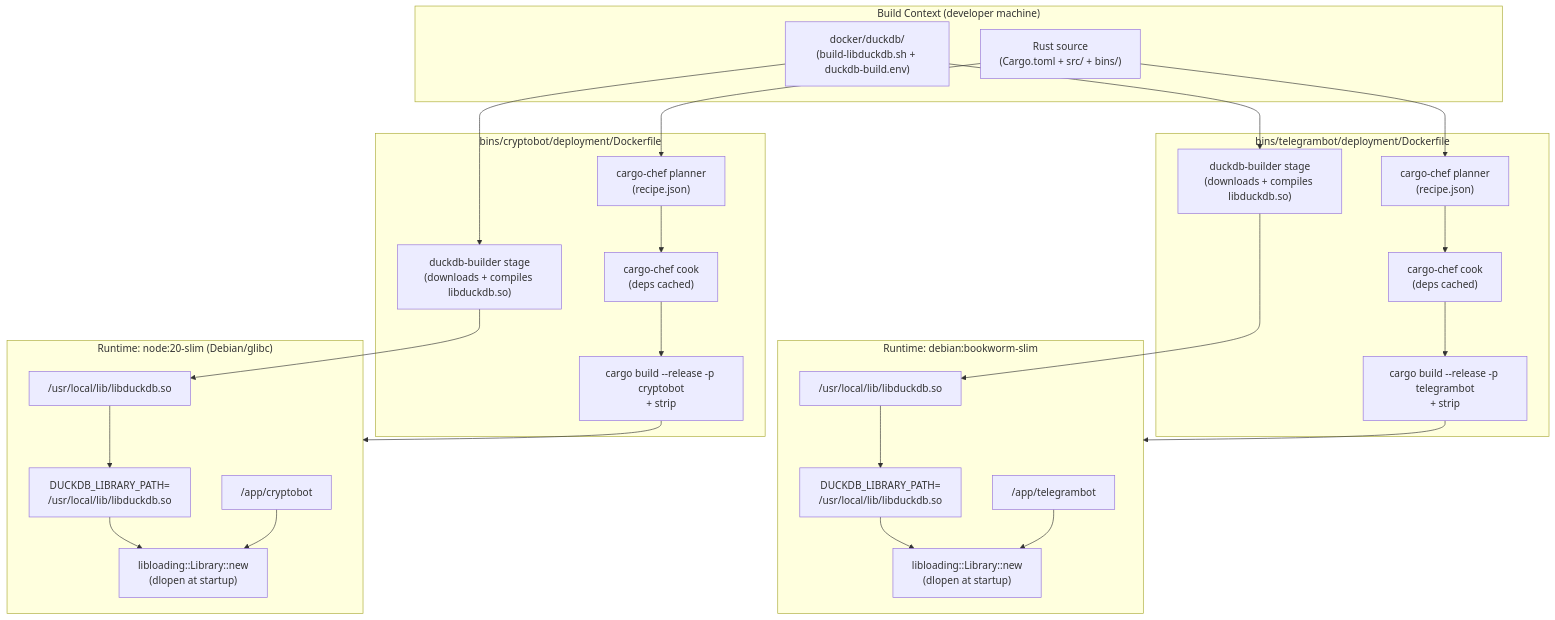
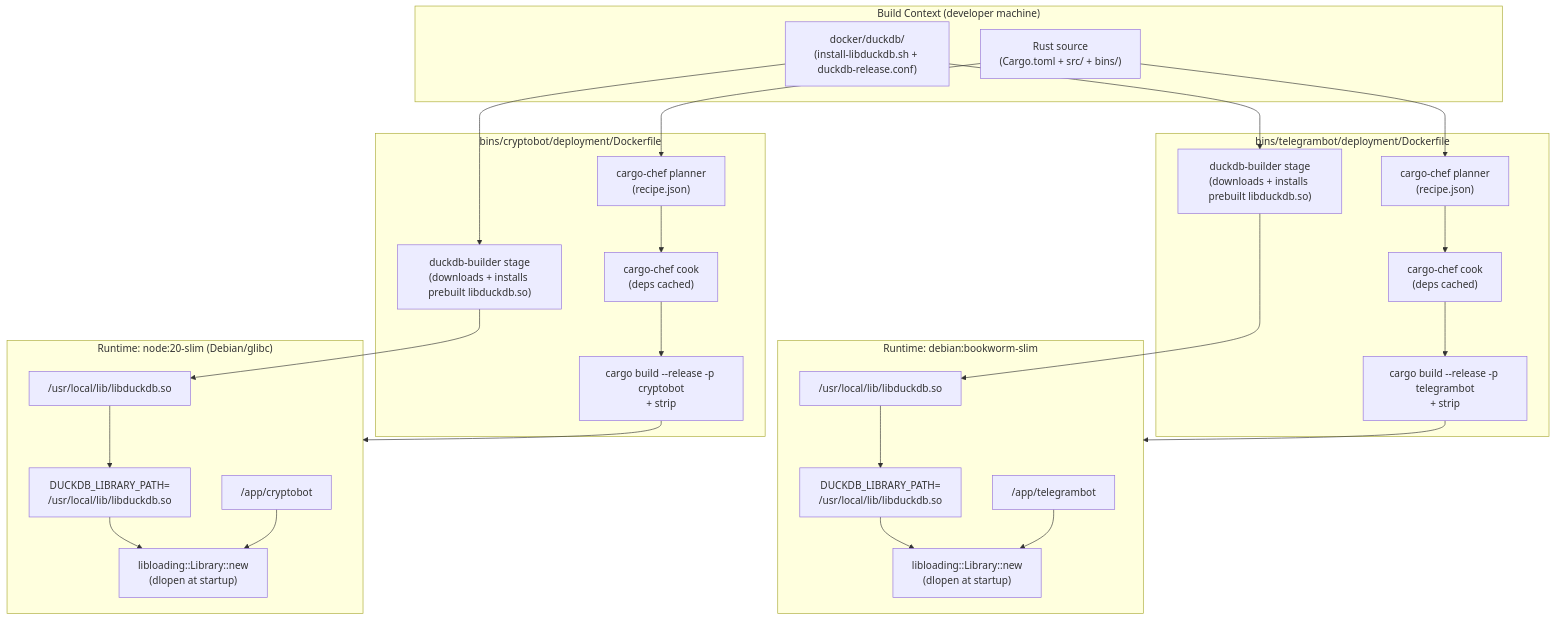
One commit to InNoobWeTrust/algotrap changed the fourth of 4 diagrams in docs/architecture/duckdb-ta-execution.md. Above: the diagram before and after it, drawn with Mermaid. The commit also changed other lines of this file and 23 other files, not shown here.

First line of the commit message:
fix(bot,engine): canonical LLM timeframes, finite-ATR guard, prebuilt DuckDB

````diff
--- a/docs/architecture/duckdb-ta-execution.md
+++ b/docs/architecture/duckdb-ta-execution.md
@@ -309,49 +309,49 @@
 ```mermaid
 flowchart TD
     subgraph BuildCtx["Build Context (developer machine)"]
         RepoSrc["Rust source<br/>(Cargo.toml + src/ + bins/)"]
-        DuckDBScripts["docker/duckdb/<br/>(build-libduckdb.sh + duckdb-build.env)"]
+        DuckDBScripts["docker/duckdb/<br/>(install-libduckdb.sh + duckdb-release.conf)"]
     end
 
     subgraph TelegramBuild["bins/telegrambot/deployment/Dockerfile"]
         Chef1["cargo-chef planner<br/>(recipe.json)"]
         Cook1["cargo-chef cook<br/>(deps cached)"]
         Builder1["cargo build --release -p telegrambot<br/>+ strip"]
-        DuckDBBuild1["duckdb-builder stage<br/>(downloads + compiles libduckdb.so)"]
+        DuckDBBuild1["duckdb-builder stage<br/>(downloads + installs prebuilt libduckdb.so)"]
     end
 
     subgraph CryptoBuild["bins/cryptobot/deployment/Dockerfile"]
         Chef2["cargo-chef planner<br/>(recipe.json)"]
         Cook2["cargo-chef cook<br/>(deps cached)"]
         Builder2["cargo build --release -p cryptobot<br/>+ strip"]
-        DuckDBBuild2["duckdb-builder stage<br/>(downloads + compiles libduckdb.so)"]
+        DuckDBBuild2["duckdb-builder stage<br/>(downloads + installs prebuilt libduckdb.so)"]
     end
 
     subgraph TelegramRuntime["Runtime: debian:bookworm-slim"]
         TelegramBin["/app/telegrambot"]
         LibDuckDB1["/usr/local/lib/libduckdb.so"]
         EnvVar1["DUCKDB_LIBRARY_PATH=<br/>/usr/local/lib/libduckdb.so"]
         libloading1["libloading::Library::new<br/>(dlopen at startup)"]
     end
 
     subgraph CryptoRuntime["Runtime: node:20-slim (Debian/glibc)"]
         CryptoBin["/app/cryptobot"]
         LibDuckDB2["/usr/local/lib/libduckdb.so"]
         EnvVar2["DUCKDB_LIBRARY_PATH=<br/>/usr/local/lib/libduckdb.so"]
         libloading2["libloading::Library::new<br/>(dlopen at startup)"]
     end
 
     RepoSrc --> Chef1 --> Cook1 --> Builder1
     DuckDBScripts --> DuckDBBuild1
     Builder1 --> TelegramRuntime
     DuckDBBuild1 --> LibDuckDB1
     LibDuckDB1 --> EnvVar1 --> libloading1
     TelegramBin --> libloading1
 
     RepoSrc --> Chef2 --> Cook2 --> Builder2
     DuckDBScripts --> DuckDBBuild2
     Builder2 --> CryptoRuntime
     DuckDBBuild2 --> LibDuckDB2
     LibDuckDB2 --> EnvVar2 --> libloading2
     CryptoBin --> libloading2
 ```
````
